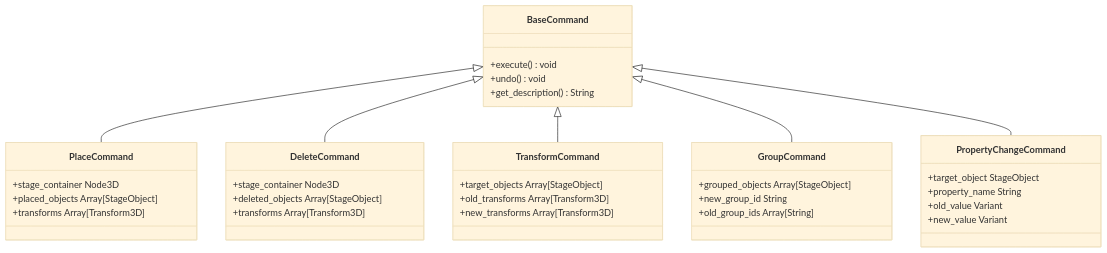
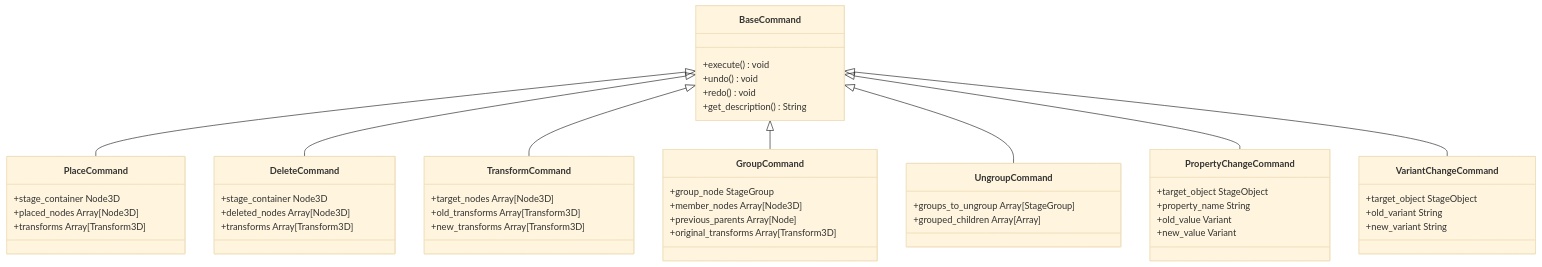
Before and after one commit to Tanush-Gupta1812/Stage-Builder: the diagram in docs/architecture.md, drawn with Mermaid (base theme). The commit also changed other lines of this file and 31 other files, not shown here.

````diff
--- a/docs/architecture.md
+++ b/docs/architecture.md
@@ -99,40 +146,53 @@
 ```mermaid
 classDiagram
     class BaseCommand {
         +execute() void
         +undo() void
+        +redo() void
         +get_description() String
     }
     class PlaceCommand {
         +stage_container Node3D
-        +placed_objects Array[StageObject]
+        +placed_nodes Array[Node3D]
         +transforms Array[Transform3D]
     }
     class DeleteCommand {
         +stage_container Node3D
-        +deleted_objects Array[StageObject]
+        +deleted_nodes Array[Node3D]
         +transforms Array[Transform3D]
     }
     class TransformCommand {
-        +target_objects Array[StageObject]
+        +target_nodes Array[Node3D]
         +old_transforms Array[Transform3D]
         +new_transforms Array[Transform3D]
     }
     class GroupCommand {
-        +grouped_objects Array[StageObject]
-        +new_group_id String
-        +old_group_ids Array[String]
+        +group_node StageGroup
+        +member_nodes Array[Node3D]
+        +previous_parents Array[Node]
+        +original_transforms Array[Transform3D]
+    }
+    class UngroupCommand {
+        +groups_to_ungroup Array[StageGroup]
+        +grouped_children Array[Array]
     }
     class PropertyChangeCommand {
         +target_object StageObject
         +property_name String
         +old_value Variant
         +new_value Variant
     }
+    class VariantChangeCommand {
+        +target_object StageObject
+        +old_variant String
+        +new_variant String
+    }
 
     BaseCommand <|-- PlaceCommand
     BaseCommand <|-- DeleteCommand
     BaseCommand <|-- TransformCommand
     BaseCommand <|-- GroupCommand
+    BaseCommand <|-- UngroupCommand
     BaseCommand <|-- PropertyChangeCommand
+    BaseCommand <|-- VariantChangeCommand
 ```
````
